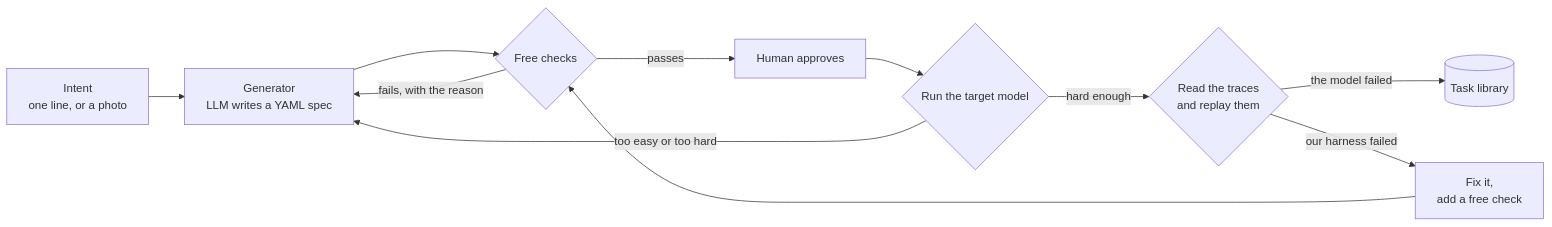
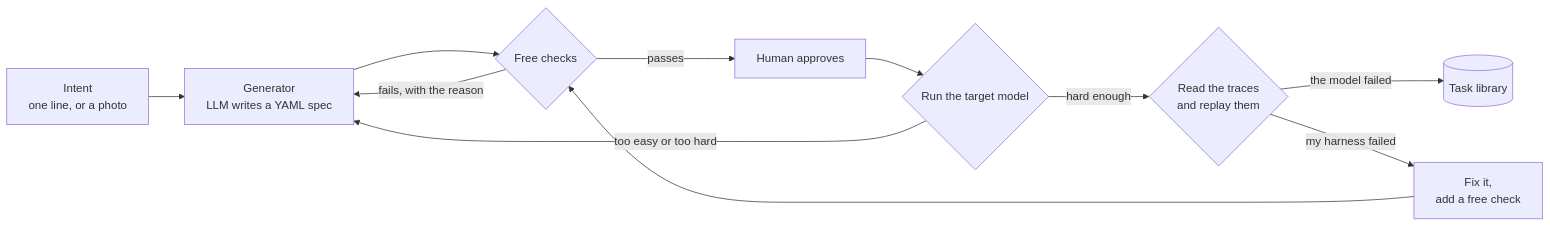
The diagram in docs/2_pipeline.md (MehdiMHeydari/hud-rua-synth), drawn with Mermaid before and after one commit. The commit also changed other lines of this file and 3 other files, not shown here.

````diff
--- a/docs/2_pipeline.md
+++ b/docs/2_pipeline.md
@@ -5,13 +5,13 @@
 ```mermaid
 flowchart LR
     I[Intent<br/>one line, or a photo] --> G[Generator<br/>LLM writes a YAML spec]
     G --> F{Free checks}
     F -->|fails, with the reason| G
     F -->|passes| H[Human approves]
     H --> P{Run the target model}
     P -->|too easy or too hard| G
     P -->|hard enough| T{Read the traces<br/>and replay them}
     T -->|the model failed| L[(Task library)]
-    T -->|our harness failed| K[Fix it,<br/>add a free check]
+    T -->|my harness failed| K[Fix it,<br/>add a free check]
     K --> F
 ```
````
